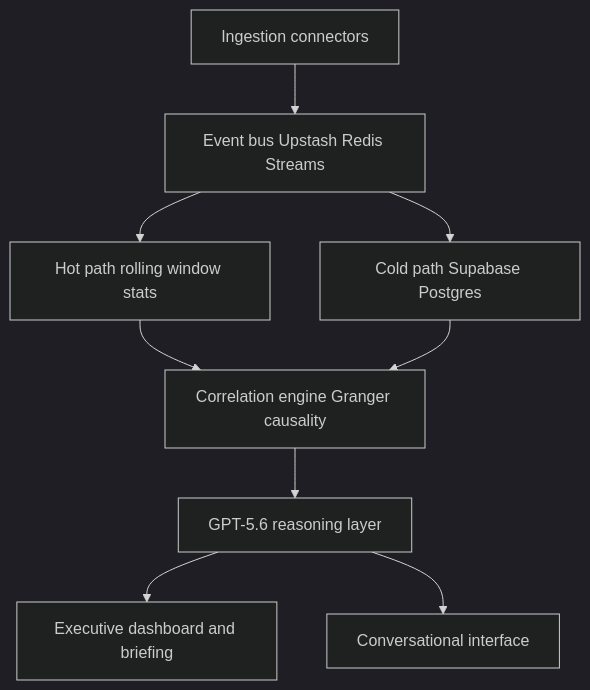
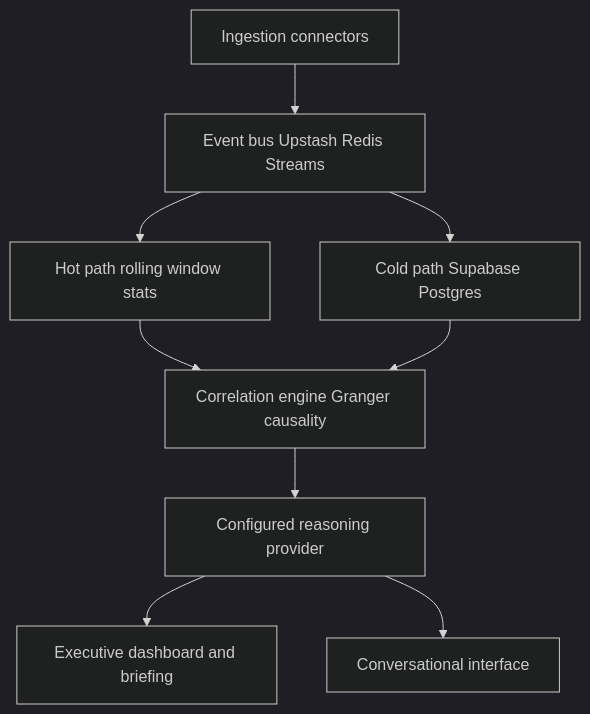
One commit to Venkat-Kolasani/Enterprise-Intelligence-Agent changed the first of 2 diagrams in enterprise_intelligence_agent_project_charter.md. Above: the diagram before and after it, drawn with Mermaid (dark theme). The commit also changed other lines of this file and 9 other files, not shown here.

````diff
--- a/enterprise_intelligence_agent_project_charter.md
+++ b/enterprise_intelligence_agent_project_charter.md
@@ -52,11 +52,11 @@
 ```mermaid
 flowchart TD
     A[Ingestion connectors] --> B[Event bus Upstash Redis Streams]
     B --> C[Hot path rolling window stats]
     B --> D[Cold path Supabase Postgres]
     C --> E[Correlation engine Granger causality]
     D --> E
-    E --> F[GPT-5.6 reasoning layer]
+    E --> F[Configured reasoning provider]
     F --> G[Executive dashboard and briefing]
     F --> H[Conversational interface]
 ```
````
